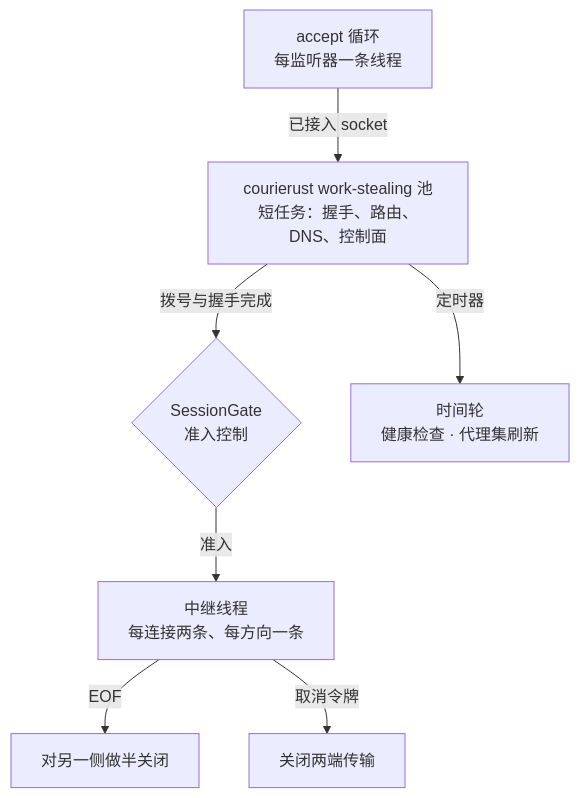
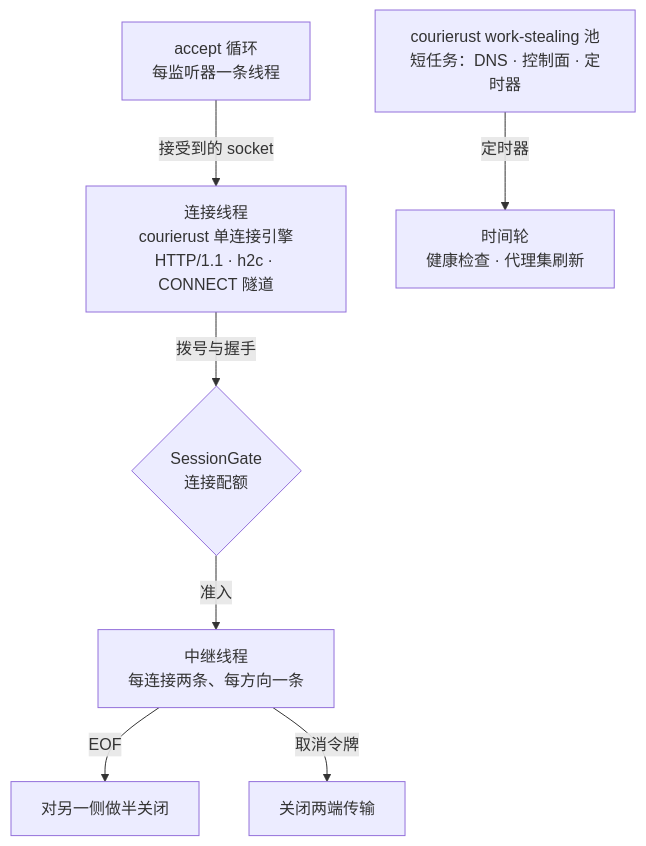
The second of 3 diagrams in README.zh-CN.md (blueokanna/Corduit), drawn with Mermaid before and after one commit. The commit also changed other lines of this file and 7 other files, not shown here.

````diff
--- a/README.zh-CN.md
+++ b/README.zh-CN.md
@@ -66,9 +66,9 @@
 ```mermaid
 flowchart TB
-    L["accept 循环<br/>每监听器一条线程"] -->|已接入 socket| P["courierust work-stealing 池<br/>短任务：握手、路由、DNS、控制面"]
-    P -->|拨号与握手完成| G{"SessionGate<br/>准入控制"}
+    L["accept 循环<br/>每监听器一条线程"] -->|接受到的 socket| S["连接线程<br/>courierust 单连接引擎<br/>HTTP/1.1 · h2c · CONNECT 隧道"]
+    S -->|拨号与握手| G{"SessionGate<br/>连接配额"}
     G -->|准入| R["中继线程<br/>每连接两条、每方向一条"]
     R -->|EOF| HC["对另一侧做半关闭"]
     R -->|取消令牌| SD["关闭两端传输"]
-    P -->|定时器| T["时间轮<br/>健康检查 · 代理集刷新"]
+    P["courierust work-stealing 池<br/>短任务：DNS · 控制面 · 定时器"] -->|定时器| T["时间轮<br/>健康检查 · 代理集刷新"]
 ```
````
